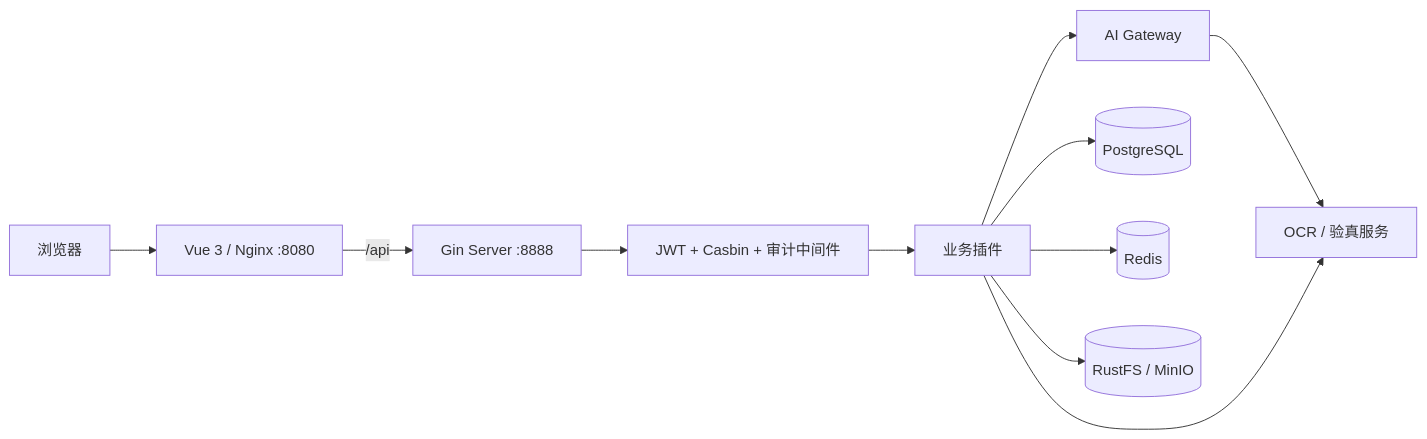
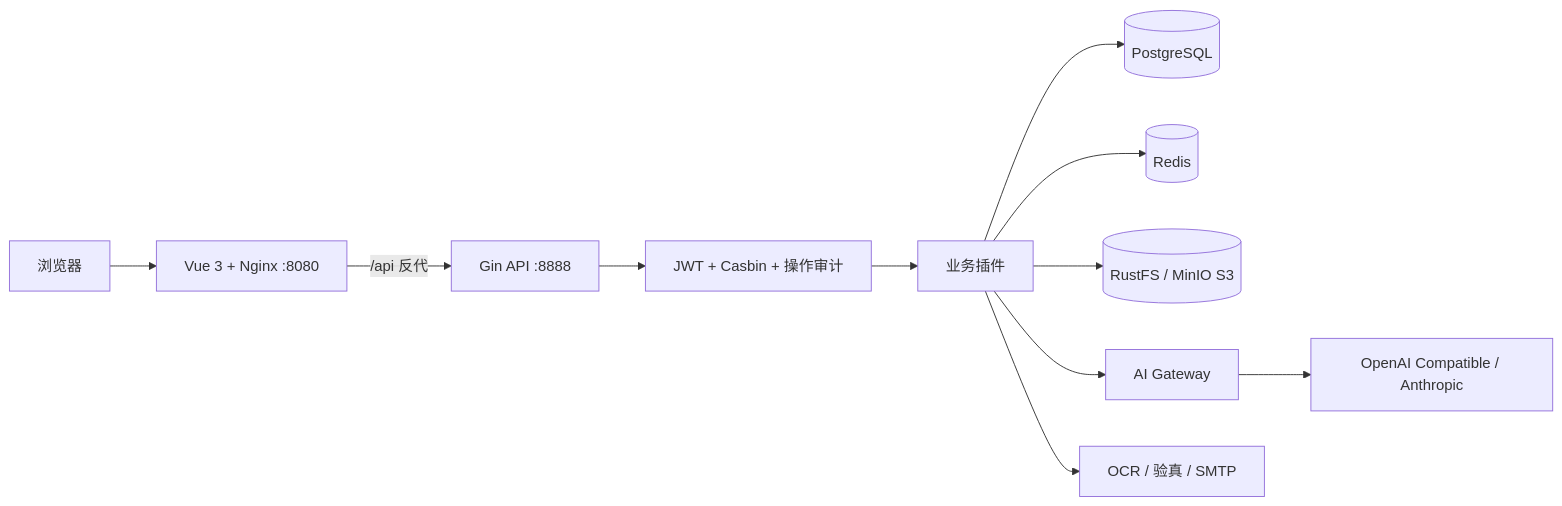
One commit to WangMi2022/YuYuan-Pass-System changed the diagram in README.md. Above: the diagram before and after it, drawn with Mermaid. The commit also changed other lines of this file, not shown here.

````diff
--- a/README.md
+++ b/README.md
@@ -118,13 +34,13 @@
 ```mermaid
 flowchart LR
-    U["浏览器"] --> W["Vue 3 / Nginx :8080"]
-    W -->|"/api"| S["Gin Server :8888"]
-    S --> M["JWT + Casbin + 审计中间件"]
-    M --> P["业务插件"]
-    P --> G["AI Gateway"]
-    P --> DB[("PostgreSQL")]
-    P --> R[("Redis")]
-    P --> O[("RustFS / MinIO")]
-    G --> X["OpenAI Compatible / Anthropic"]
-    P --> X["OCR / 验真服务"]
+    B[浏览器] --> W[Vue 3 + Nginx :8080]
+    W -->|/api 反代| S[Gin API :8888]
+    S --> A[JWT + Casbin + 操作审计]
+    A --> P[业务插件]
+    P --> DB[(PostgreSQL)]
+    P --> R[(Redis)]
+    P --> O[(RustFS / MinIO S3)]
+    P --> G[AI Gateway]
+    G --> M[OpenAI Compatible / Anthropic]
+    P --> E[OCR / 验真 / SMTP]
 ```
````
